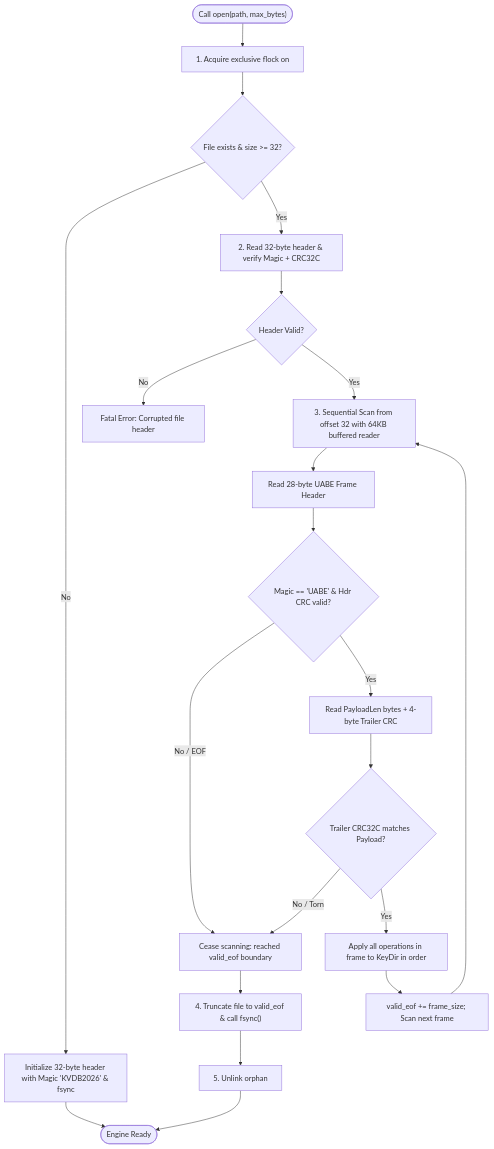
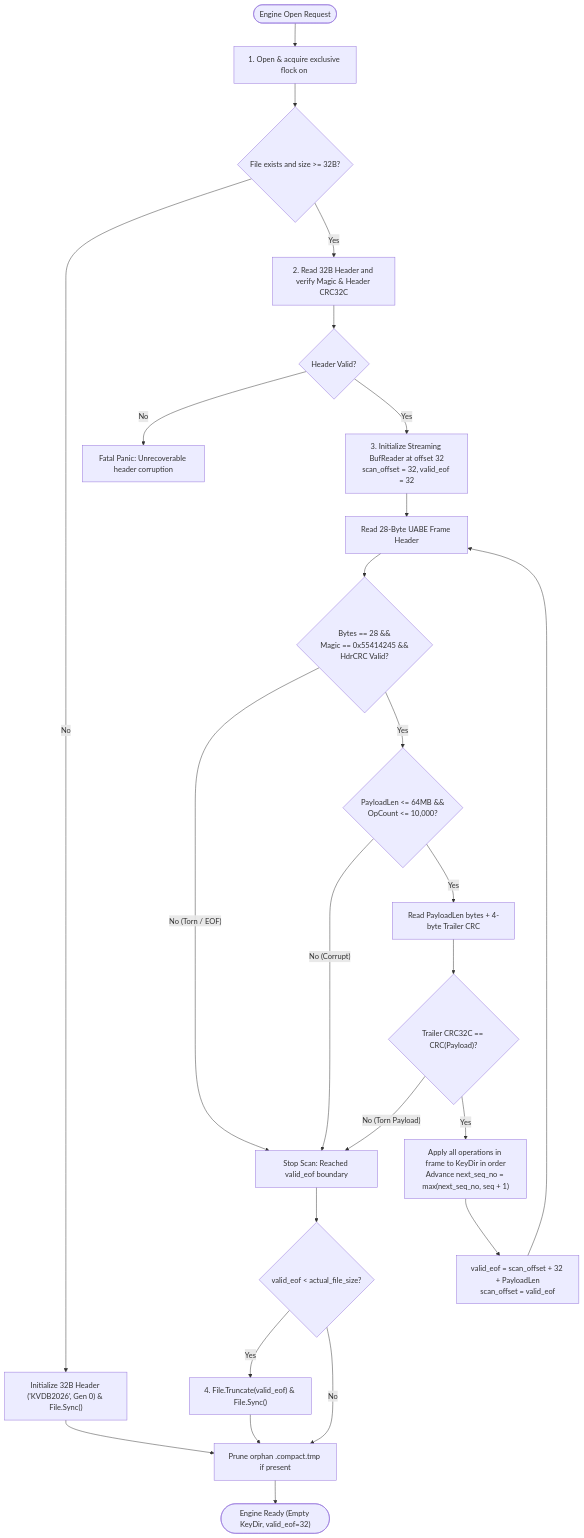
The fourth of 4 diagrams in ARCHITECTURE.md (LYK-02/HashCode), drawn with Mermaid before and after one commit. The commit also changed other lines of this file and 9 other files, not shown here.

Commit message:
docs(architecture): partition into HLA and LLA with simple inline diagrams

````diff
--- a/ARCHITECTURE.md
+++ b/ARCHITECTURE.md
@@ -130,31 +244,35 @@
 ```mermaid
 flowchart TD
-    Start(["Call open(path, max_bytes)"]) --> LockSidecar["1. Acquire exclusive flock on <path>.lock"]
-    LockSidecar --> CheckExists{"File exists & size >= 32?"}
+    Start(["Engine Open Request"]) --> Step1["1. Open & acquire exclusive flock on <path>.lock"]
+    Step1 --> Step2{"File exists and size >= 32B?"}
     
-    CheckExists -- No --> InitFile["Initialize 32-byte header with Magic 'KVDB2026' & fsync"]
-    InitFile --> OpenReady(["Engine Ready"])
+    Step2 -- No --> InitFile["Initialize 32B Header ('KVDB2026', Gen 0) & File.Sync()"]
+    InitFile --> PruneTemp["Prune orphan .compact.tmp if present"]
+    PruneTemp --> Ready(["Engine Ready (Empty KeyDir, valid_eof=32)"])
+
+    Step2 -- Yes --> Step3["2. Read 32B Header and verify Magic & Header CRC32C"]
+    Step3 --> HdrCheck{"Header Valid?"}
+    HdrCheck -- No --> FatalErr["Fatal Panic: Unrecoverable header corruption"]
+
+    HdrCheck -- Yes --> Step4["3. Initialize Streaming BufReader at offset 32<br/>scan_offset = 32, valid_eof = 32"]
+    Step4 --> ReadHdr["Read 28-Byte UABE Frame Header"]
     
-    CheckExists -- Yes --> ReadHdr["2. Read 32-byte header & verify Magic + CRC32C"]
-    ReadHdr --> HdrValid{"Header Valid?"}
-    HdrValid -- No --> FatalErr["Fatal Error: Corrupted file header"]
+    ReadHdr --> CheckFrameHdr{"Bytes == 28 &&<br/>Magic == 0x55414245 &&<br/>HdrCRC Valid?"}
+    CheckFrameHdr -- No (Torn / EOF) --> StopScan["Stop Scan: Reached valid_eof boundary"]
     
-    HdrValid -- Yes --> ScanLoop["3. Sequential Scan from offset 32 with 64KB buffered reader"]
-    ScanLoop --> ReadFrameHdr["Read 28-byte UABE Frame Header"]
+    CheckFrameHdr -- Yes --> CheckBounds{"PayloadLen <= 64MB &&<br/>OpCount <= 10,000?"}
+    CheckBounds -- No (Corrupt) --> StopScan
     
-    ReadFrameHdr --> CheckMagic{"Magic == 'UABE' & Hdr CRC valid?"}
-    CheckMagic -- No / EOF --> StopScan["Cease scanning: reached valid_eof boundary"]
+    CheckBounds -- Yes --> ReadPayload["Read PayloadLen bytes + 4-byte Trailer CRC"]
+    ReadPayload --> CheckTrailer{"Trailer CRC32C == CRC(Payload)?"}
+    CheckTrailer -- No (Torn Payload) --> StopScan
     
-    CheckMagic -- Yes --> ReadPayload["Read PayloadLen bytes + 4-byte Trailer CRC"]
-    ReadPayload --> CheckTrailer{"Trailer CRC32C matches Payload?"}
-    
-    CheckTrailer -- No / Torn --> StopScan
-    
-    CheckTrailer -- Yes --> ApplyFrame["Apply all operations in frame to KeyDir in order"]
-    ApplyFrame --> AdvanceEOF["valid_eof += frame_size; Scan next frame"]
-    AdvanceEOF --> ScanLoop
-    
-    StopScan --> TruncateTail["4. Truncate file to valid_eof & call fsync()"]
-    TruncateTail --> CleanupTemp["5. Unlink orphan <path>.compact.tmp if present"]
-    CleanupTemp --> OpenReady
+    CheckTrailer -- Yes --> ApplyFrame["Apply all operations in frame to KeyDir in order<br/>Advance next_seq_no = max(next_seq_no, seq + 1)"]
+    ApplyFrame --> AdvanceEOF["valid_eof = scan_offset + 32 + PayloadLen<br/>scan_offset = valid_eof"]
+    AdvanceEOF --> ReadHdr
+
+    StopScan --> CheckTruncate{"valid_eof < actual_file_size?"}
+    CheckTruncate -- Yes --> TruncateTail["4. File.Truncate(valid_eof) & File.Sync()"]
+    CheckTruncate -- No --> PruneTemp
+    TruncateTail --> PruneTemp
 ```
````
